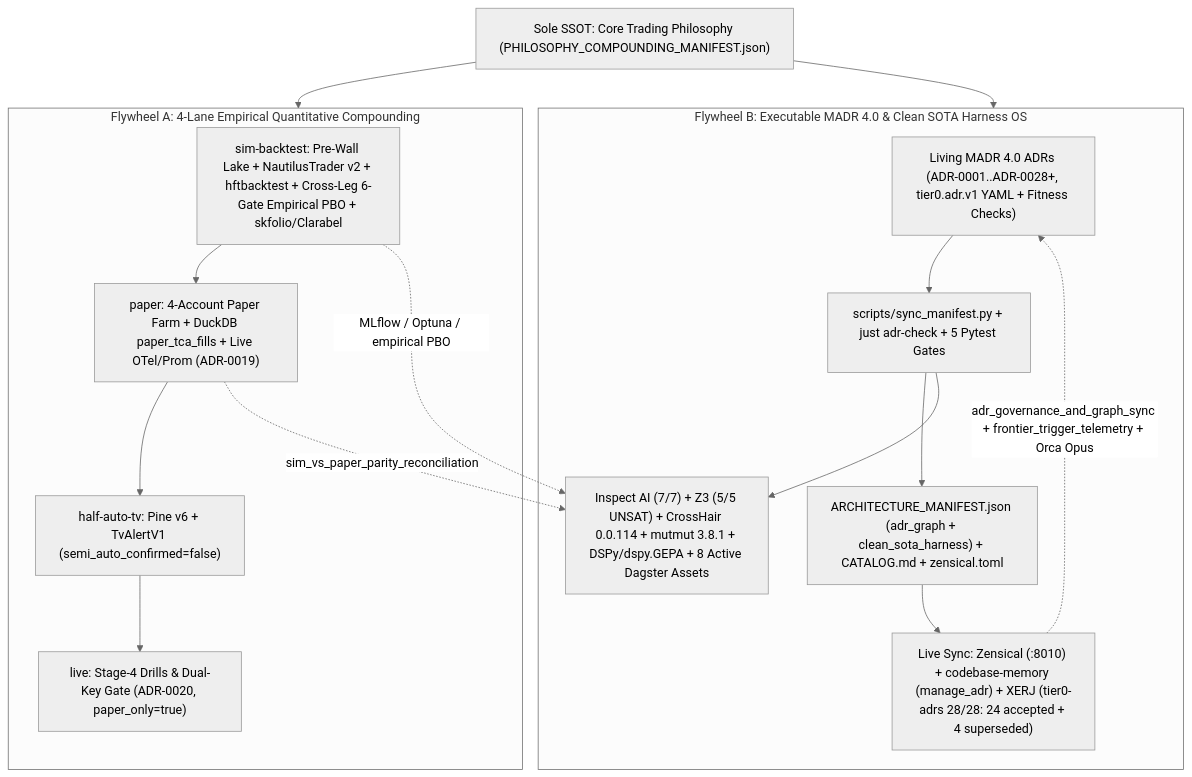
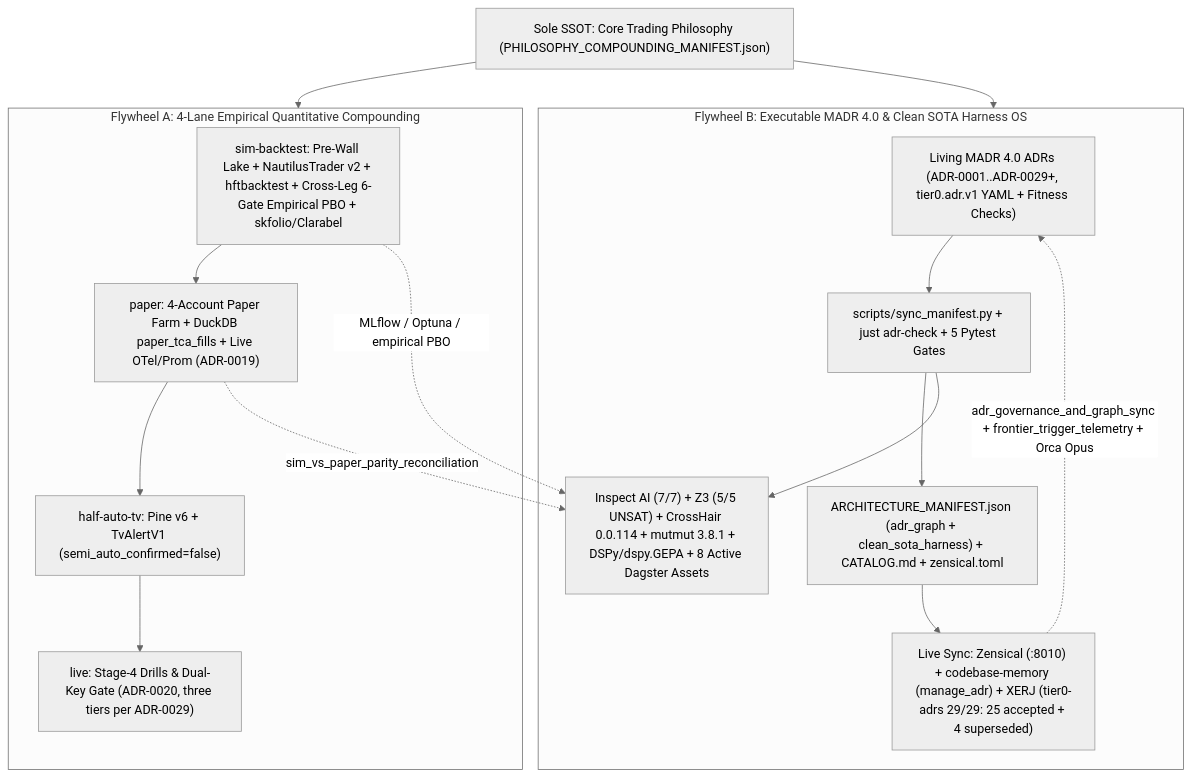
One commit to seathatflowsinourveins/noesis changed the diagram in docs/adr/ADR-0024.md. Above: the diagram before and after it, drawn with Mermaid (neutral theme). The commit also changed other lines of this file and 64 other files, not shown here.

````diff
--- a/docs/adr/ADR-0024.md
+++ b/docs/adr/ADR-0024.md
@@ -100,19 +100,19 @@
 ```mermaid
 flowchart TD
     PHIL["Sole SSOT: Core Trading Philosophy (PHILOSOPHY_COMPOUNDING_MANIFEST.json)"] --> FWA
     PHIL --> FWB
     subgraph FWA ["Flywheel A: 4-Lane Empirical Quantitative Compounding"]
         L1["sim-backtest: Pre-Wall Lake + NautilusTrader v2 + hftbacktest + Cross-Leg 6-Gate Empirical PBO + skfolio/Clarabel"] --> L2["paper: 4-Account Paper Farm + DuckDB paper_tca_fills + Live OTel/Prom (ADR-0019)"]
         L2 --> L3["half-auto-tv: Pine v6 + TvAlertV1 (semi_auto_confirmed=false)"]
-        L3 --> L4["live: Stage-4 Drills & Dual-Key Gate (ADR-0020, paper_only=true)"]
+        L3 --> L4["live: Stage-4 Drills & Dual-Key Gate (ADR-0020, three tiers per ADR-0029)"]
     end
     subgraph FWB ["Flywheel B: Executable MADR 4.0 & Clean SOTA Harness OS"]
-        ADR["Living MADR 4.0 ADRs (ADR-0001..ADR-0028+, tier0.adr.v1 YAML + Fitness Checks)"] --> SYNC["scripts/sync_manifest.py + just adr-check + 5 Pytest Gates"]
+        ADR["Living MADR 4.0 ADRs (ADR-0001..ADR-0029+, tier0.adr.v1 YAML + Fitness Checks)"] --> SYNC["scripts/sync_manifest.py + just adr-check + 5 Pytest Gates"]
         SYNC --> MAN["ARCHITECTURE_MANIFEST.json (adr_graph + clean_sota_harness) + CATALOG.md + zensical.toml"]
         SYNC --> EVAL["Inspect AI (7/7) + Z3 (5/5 UNSAT) + CrossHair 0.0.114 + mutmut 3.8.1 + DSPy/dspy.GEPA + 8 Active Dagster Assets"]
-        MAN --> MEM["Live Sync: Zensical (:8010) + codebase-memory (manage_adr) + XERJ (tier0-adrs 28/28: 24 accepted + 4 superseded)"]
+        MAN --> MEM["Live Sync: Zensical (:8010) + codebase-memory (manage_adr) + XERJ (tier0-adrs 29/29: 25 accepted + 4 superseded)"]
     end
     L1 -. "MLflow / Optuna / empirical PBO" .-> EVAL
     L2 -. "sim_vs_paper_parity_reconciliation" .-> EVAL
     MEM -. "adr_governance_and_graph_sync + frontier_trigger_telemetry + Orca Opus" .-> ADR
 ```
````
